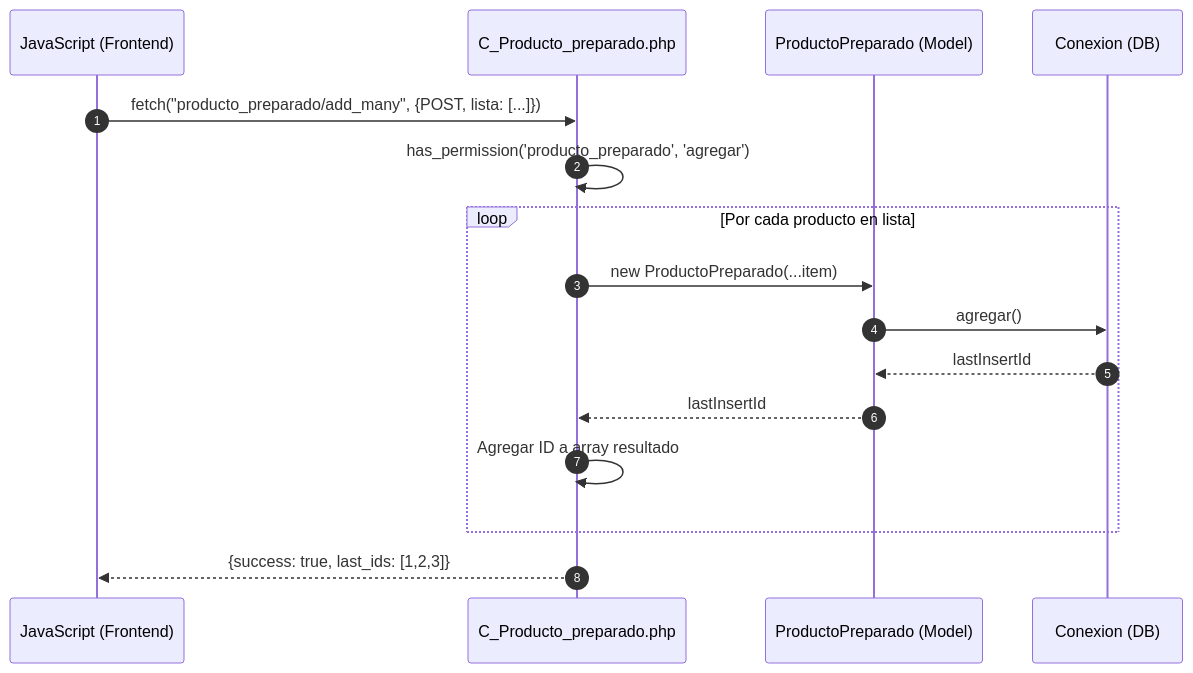
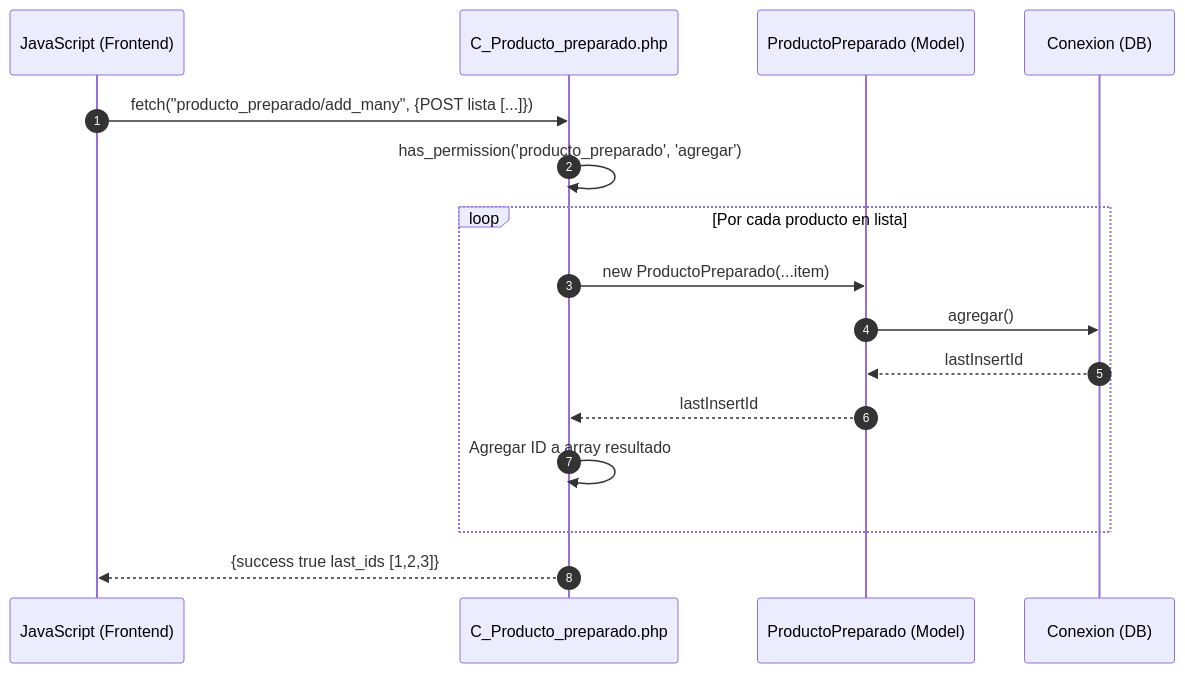
One commit to Tecrato/BurgerHouse changed the fourth of 4 diagrams in docs/secuencia/productos/producto_preparado.md. Above: the diagram before and after it, drawn with Mermaid. The commit also changed other lines of this file and 13 other files, not shown here.

Commit message:
diagramas de secuencia

````diff
--- a/docs/secuencia/productos/producto_preparado.md
+++ b/docs/secuencia/productos/producto_preparado.md
@@ -91,22 +91,22 @@
 ```mermaid
 sequenceDiagram
     autonumber
     participant JS as JavaScript (Frontend)
     participant C_Producto_preparado as C_Producto_preparado.php
     participant ProductoPreparado as ProductoPreparado (Model)
     participant DB as Conexion (DB)
     
-    JS->>C_Producto_preparado: fetch("producto_preparado/add_many", {POST, lista: [...]})
+    JS->>C_Producto_preparado: fetch("producto_preparado/add_many", {POST lista [...]})
     
     C_Producto_preparado->>C_Producto_preparado: has_permission('producto_preparado', 'agregar')
     
     loop Por cada producto en lista
         C_Producto_preparado->>ProductoPreparado: new ProductoPreparado(...item)
         ProductoPreparado->>DB: agregar()
         DB-->>ProductoPreparado: lastInsertId
         ProductoPreparado-->>C_Producto_preparado: lastInsertId
         C_Producto_preparado->>C_Producto_preparado: Agregar ID a array resultado
     end
     
-    C_Producto_preparado-->>JS: {success: true, last_ids: [1,2,3]}
+    C_Producto_preparado-->>JS: {success true last_ids [1,2,3]}
 ```
````
